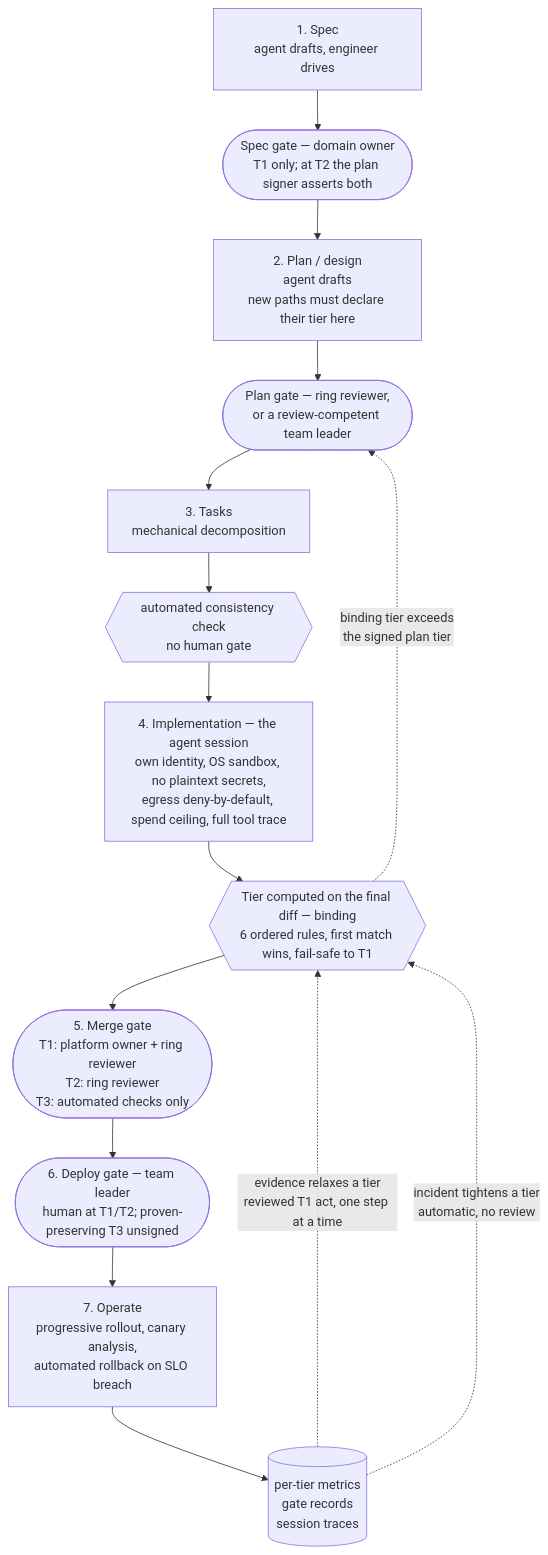
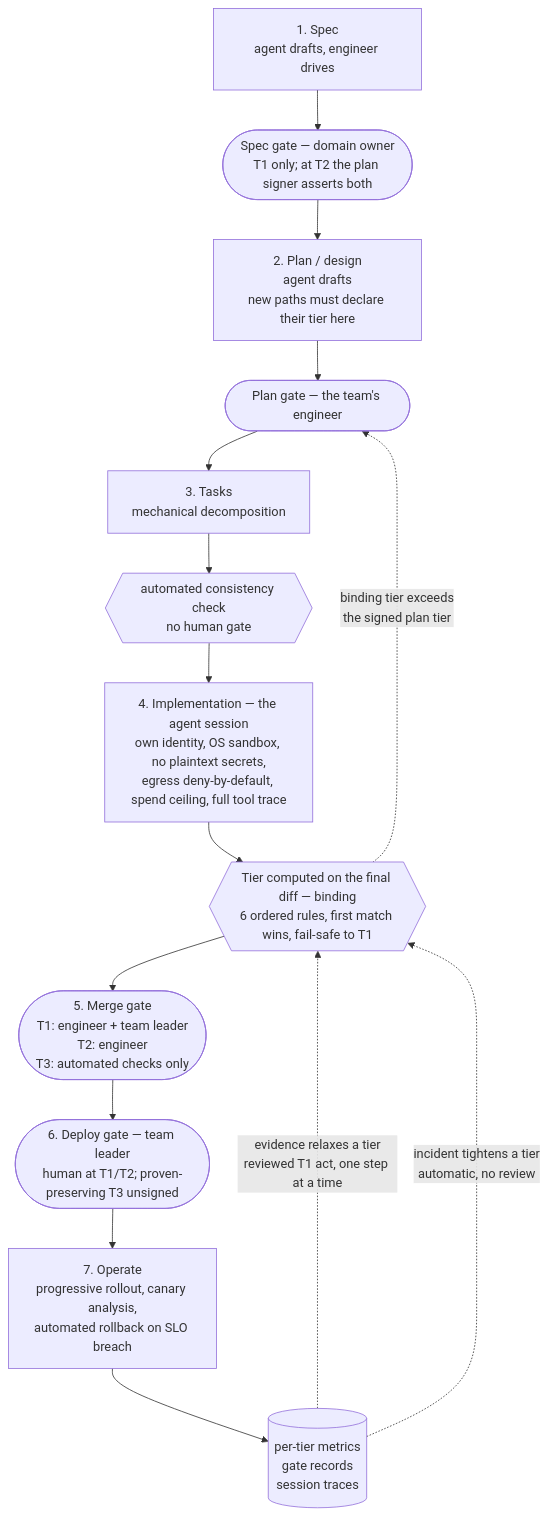
Before and after one commit to dulguun0225/asdlc: the diagram in asdlc/README.md, drawn with Mermaid. The commit also changed other lines of this file and 43 other files, not shown here.

First line of the commit message:
feat: gate records, the deployment target, and the team as the review unit

````diff
--- a/asdlc/README.md
+++ b/asdlc/README.md
@@ -46,21 +46,21 @@
 ```mermaid
 flowchart TD
     SPEC["1. Spec<br/>agent drafts, engineer drives"]
     SG(["Spec gate — domain owner<br/>T1 only; at T2 the plan signer asserts both"])
     PLAN["2. Plan / design<br/>agent drafts<br/>new paths must declare their tier here"]
-    PG(["Plan gate — ring reviewer,<br/>or a review-competent team leader"])
+    PG(["Plan gate — the team's engineer"])
     TASKS["3. Tasks<br/>mechanical decomposition"]
     TC{{"automated consistency check<br/>no human gate"}}
     IMPL["4. Implementation — the agent session<br/>own identity, OS sandbox, no plaintext secrets,<br/>egress deny-by-default, spend ceiling, full tool trace"]
     TIER{{"Tier computed on the final diff — binding<br/>6 ordered rules, first match wins, fail-safe to T1"}}
-    MG(["5. Merge gate<br/>T1: platform owner + ring reviewer<br/>T2: ring reviewer<br/>T3: automated checks only"])
+    MG(["5. Merge gate<br/>T1: engineer + team leader<br/>T2: engineer<br/>T3: automated checks only"])
     DG(["6. Deploy gate — team leader<br/>human at T1/T2; proven-preserving T3 unsigned"])
     OPS["7. Operate<br/>progressive rollout, canary analysis,<br/>automated rollback on SLO breach"]
     METRICS[("per-tier metrics<br/>gate records<br/>session traces")]
 
     SPEC --> SG --> PLAN --> PG --> TASKS --> TC --> IMPL
     IMPL --> TIER --> MG --> DG --> OPS --> METRICS
     TIER -.->|"binding tier exceeds<br/>the signed plan tier"| PG
     METRICS -.->|"evidence relaxes a tier<br/>reviewed T1 act, one step at a time"| TIER
     METRICS -.->|"incident tightens a tier<br/>automatic, no review"| TIER
 ```
````
